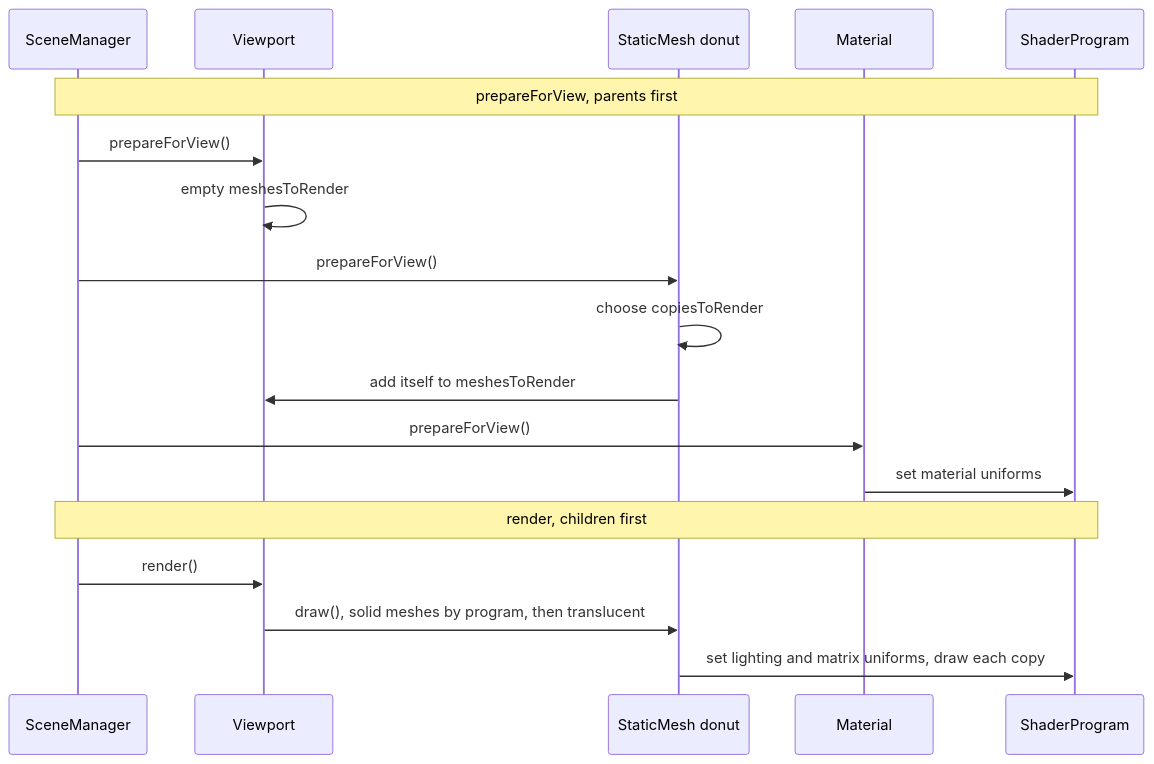
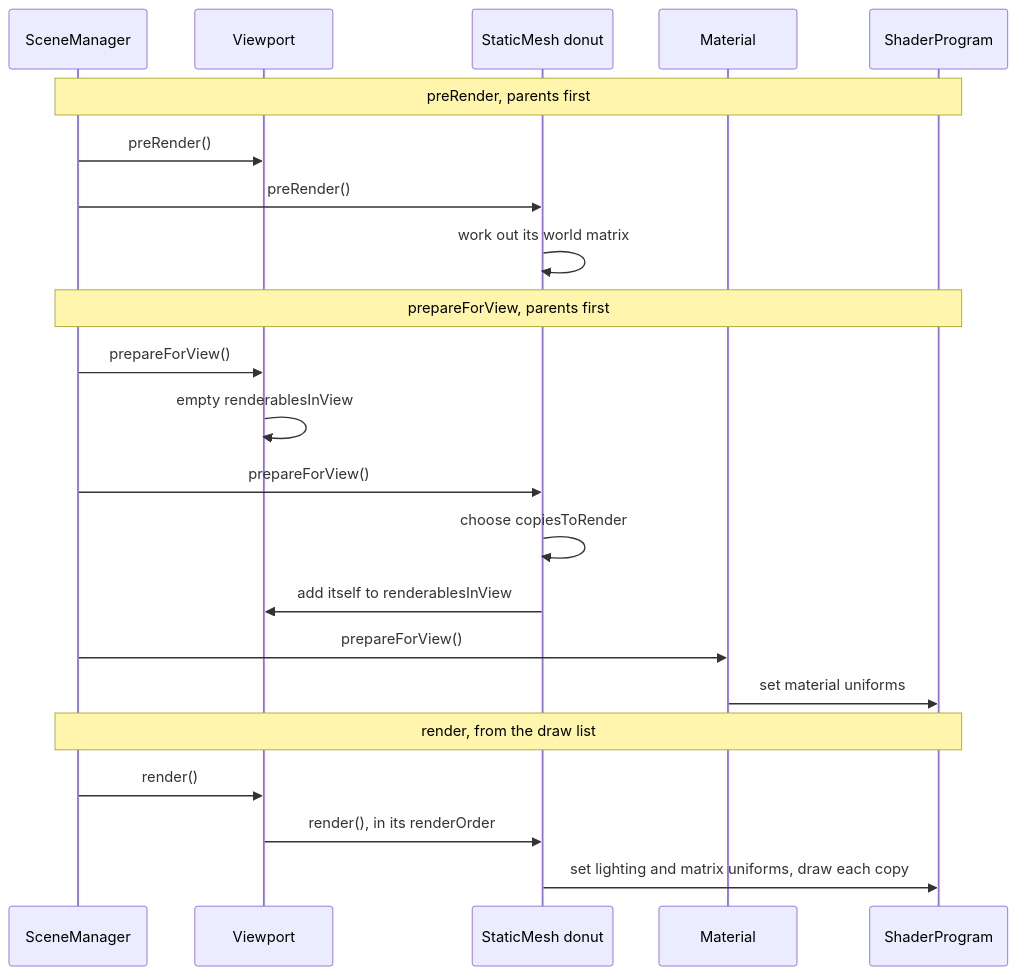
Before and after one commit to MiguelCastillo/scenic: the second of 2 diagrams in README.md, drawn with Mermaid. The commit also changed other lines of this file and 14 other files, not shown here.

````diff
--- a/README.md
+++ b/README.md
@@ -1079,22 +1122,27 @@
 ```mermaid
 sequenceDiagram
   participant SM as SceneManager
   participant VP as Viewport
   participant Mesh as StaticMesh donut
   participant Mat as Material
   participant SP as ShaderProgram
 
+  Note over SM,SP: preRender, parents first
+  SM->>VP: preRender()
+  SM->>Mesh: preRender()
+  Mesh->>Mesh: work out its world matrix
+
   Note over SM,SP: prepareForView, parents first
   SM->>VP: prepareForView()
-  VP->>VP: empty meshesToRender
+  VP->>VP: empty renderablesInView
   SM->>Mesh: prepareForView()
   Mesh->>Mesh: choose copiesToRender
-  Mesh->>VP: add itself to meshesToRender
+  Mesh->>VP: add itself to renderablesInView
   SM->>Mat: prepareForView()
   Mat->>SP: set material uniforms
 
-  Note over SM,SP: render, children first
+  Note over SM,SP: render, from the draw list
   SM->>VP: render()
-  VP->>Mesh: draw(), solid meshes by program, then translucent
+  VP->>Mesh: render(), in its renderOrder
   Mesh->>SP: set lighting and matrix uniforms, draw each copy
 ```
````
